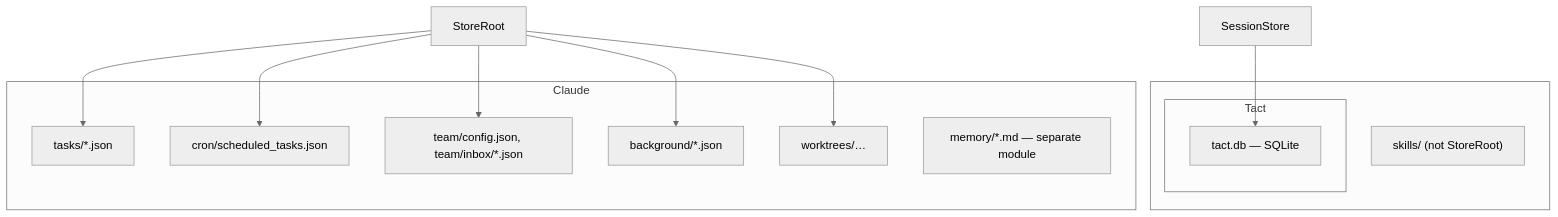
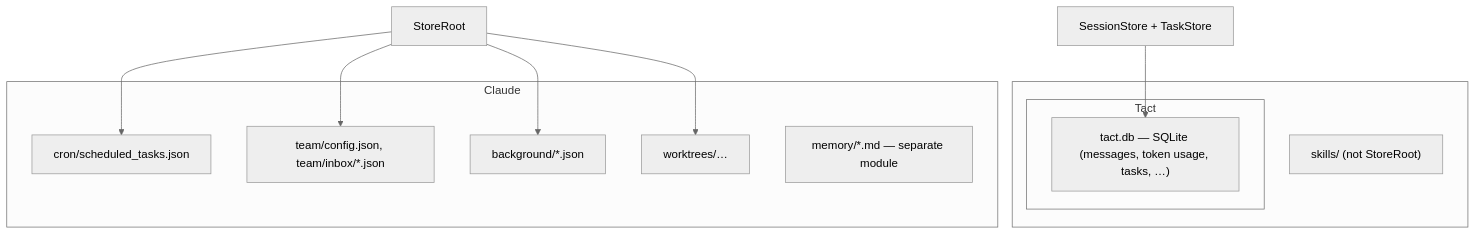
Before and after one commit to rust-infra/tact: the first of 2 diagrams in book/01_chapter_store.md, drawn with Mermaid (neutral theme). The commit also changed other lines of this file and 16 other files, not shown here.

First line of the commit message:
feat(task): migrate tasks storage from JSON files to SQLite

````diff
--- a/book/01_chapter_store.md
+++ b/book/01_chapter_store.md
@@ -19,29 +19,27 @@
 ```mermaid
 graph TB
     subgraph Workdir["<workdir>"]
         Tact[".tact/"]
         Tact[".tact/"]
         Skills["skills/ (not StoreRoot)"]
     end
 
     subgraph Tact
-        DB["tact.db — SQLite"]
+        DB["tact.db — SQLite (messages, token usage, tasks, …)"]
     end
 
     subgraph Claude
-        Tasks["tasks/*.json"]
         Cron["cron/scheduled_tasks.json"]
         Team["team/config.json, team/inbox/*.json"]
         BG["background/*.json"]
         WT["worktrees/…"]
         Mem["memory/*.md — separate module"]
     end
 
-    SR[StoreRoot] --> Tasks
-    SR --> Cron
+    SR[StoreRoot] --> Cron
     SR --> Team
     SR --> BG
     SR --> WT
 
-    SS[SessionStore] --> DB
+    SS[SessionStore + TaskStore] --> DB
 ```
````
